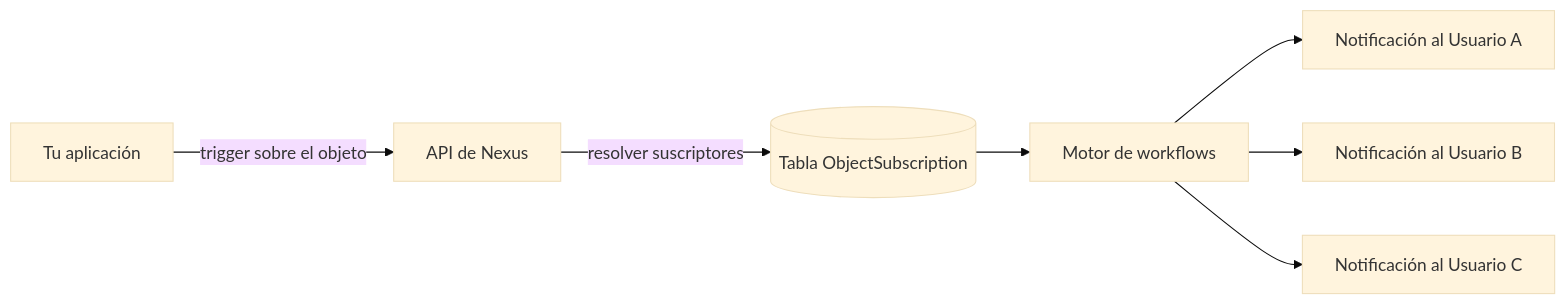
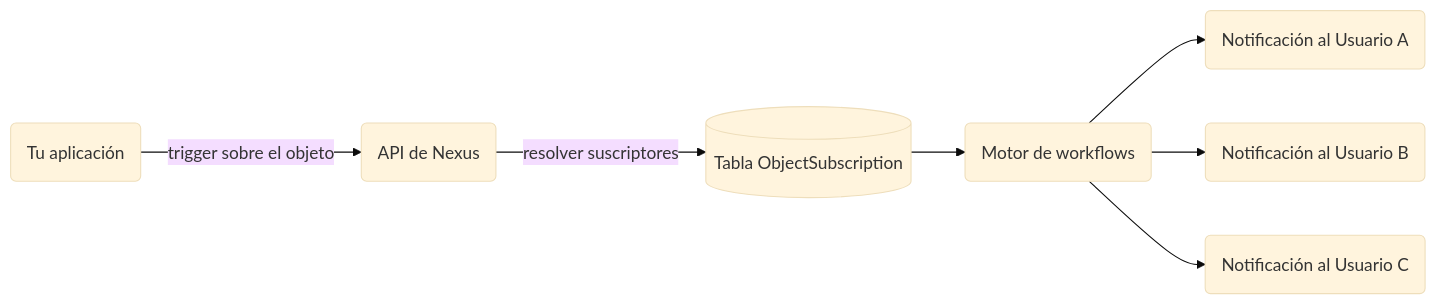
Before and after one commit to KriyanshKhunt/nexus_docs: the diagram in content/docs/es/platform/features/objects-subscriptions.mdx, drawn with Mermaid (base theme). The commit also changed 20 other files, not shown here.

Commit message:
Handle es Mermaid charts

````diff
--- a/content/docs/es/platform/features/objects-subscriptions.mdx
+++ b/content/docs/es/platform/features/objects-subscriptions.mdx
@@ -20,9 +20,9 @@
 ```mermaid
 flowchart LR
-  App[Tu aplicación] -->|trigger sobre el objeto| Nexus[API de Nexus]
+  App(Tu aplicación) -->|trigger sobre el objeto| Nexus(API de Nexus)
   Nexus -->|resolver suscriptores| DB[(Tabla ObjectSubscription)]
-  DB --> W[Motor de workflows]
-  W --> U1[Notificación al Usuario A]
-  W --> U2[Notificación al Usuario B]
-  W --> U3[Notificación al Usuario C]
+  DB --> W(Motor de workflows)
+  W --> U1(Notificación al Usuario A)
+  W --> U2(Notificación al Usuario B)
+  W --> U3(Notificación al Usuario C)
 ```
````
